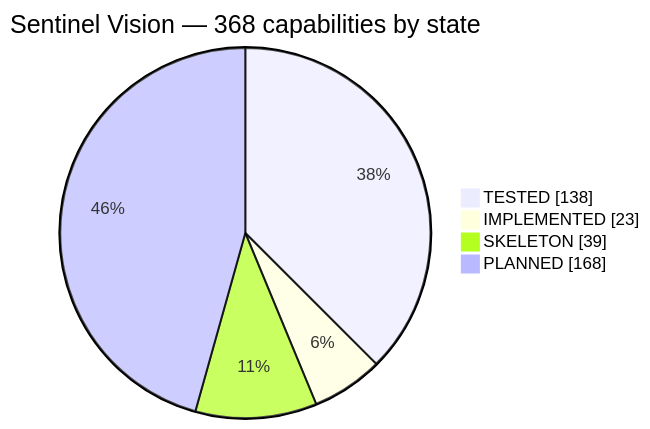
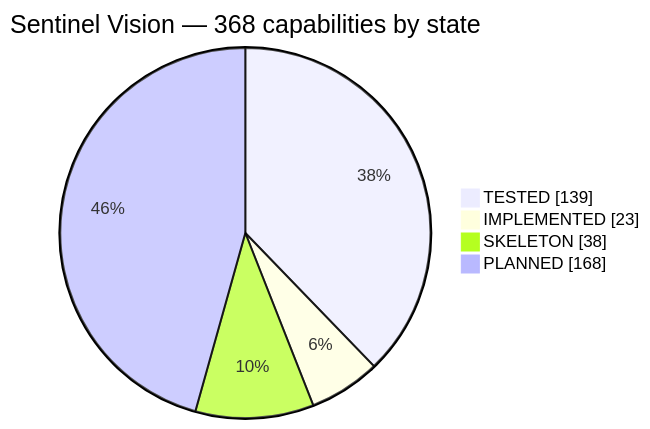
One commit to haidar-farhat/V.I.G.I.L._Vision_Intelligence_and_Geospatial_ncident_Layer changed the first of 3 diagrams in FEATURES.md. Above: the diagram before and after it, drawn with Mermaid. The commit also changed other lines of this file and 7 other files, not shown here.

````diff
--- a/FEATURES.md
+++ b/FEATURES.md
@@ -46,8 +46,8 @@
 ```mermaid
 pie showData
     title Sentinel Vision — 368 capabilities by state
-    "TESTED" : 138
+    "TESTED" : 139
     "IMPLEMENTED" : 23
-    "SKELETON" : 39
+    "SKELETON" : 38
     "PLANNED" : 168
 ```
````
